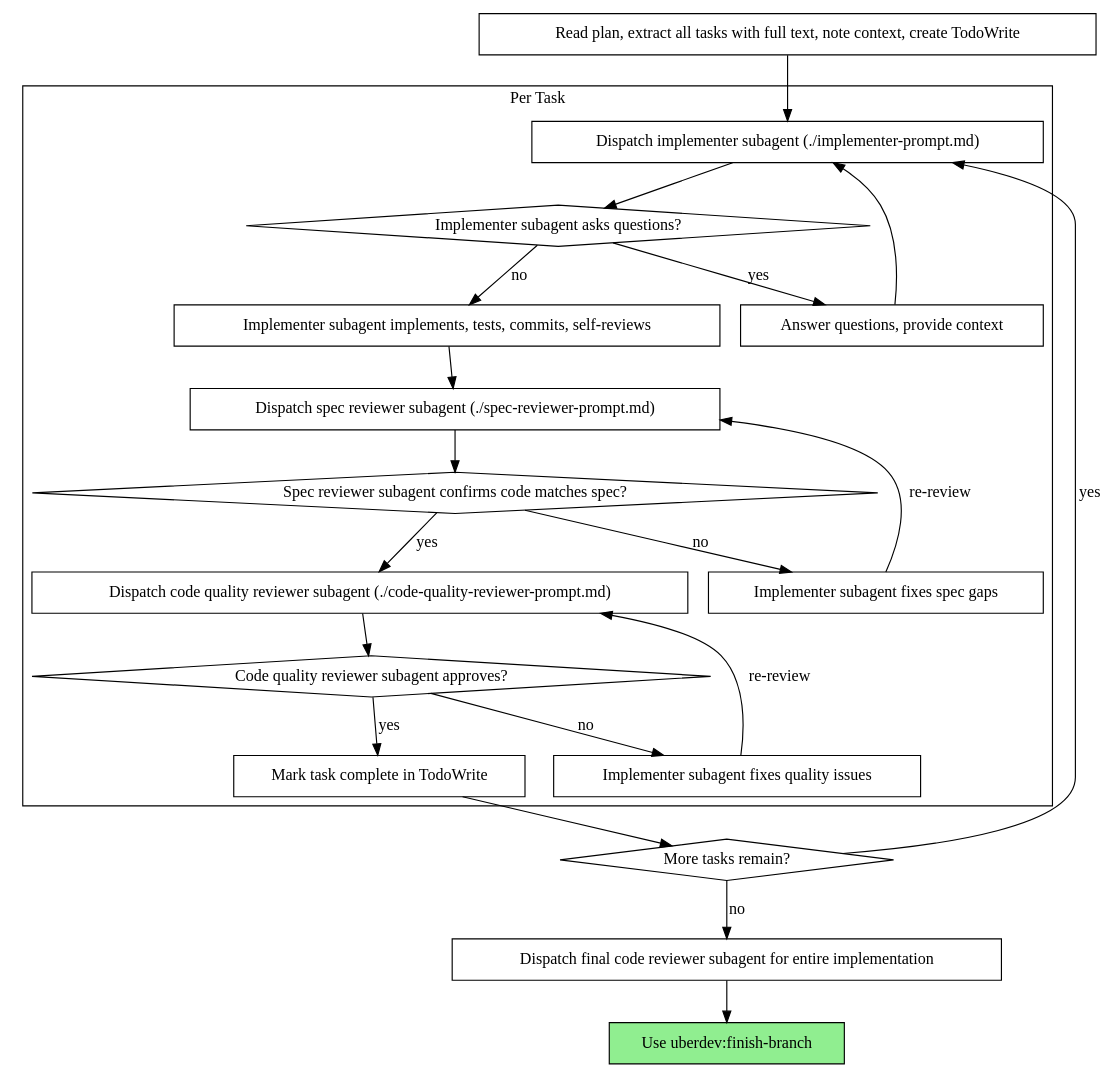
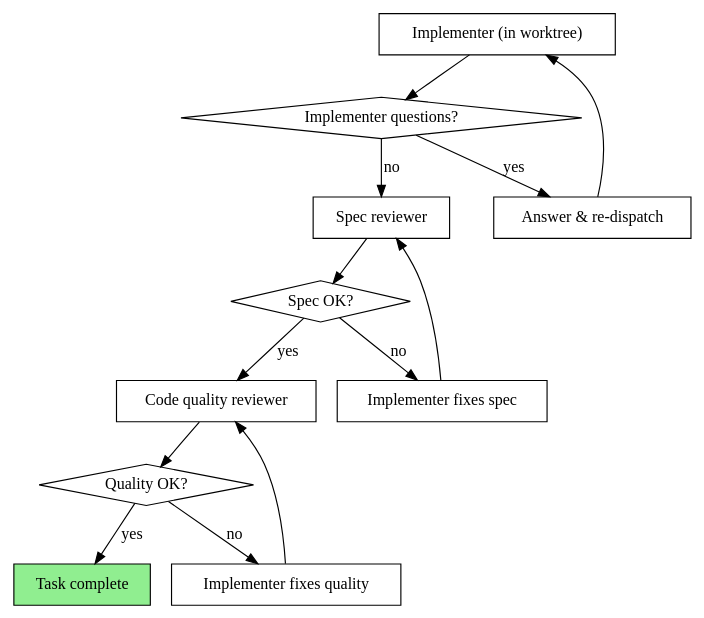
One commit to TheFJK/UberDev changed the second of 2 diagrams in plugins/uberdev/skills/subagent-driven-dev/SKILL.md. Above: the diagram before and after it, drawn with Graphviz. The commit also changed other lines of this file and 7 other files, not shown here.

````diff
--- a/plugins/uberdev/skills/subagent-driven-dev/SKILL.md
+++ b/plugins/uberdev/skills/subagent-driven-dev/SKILL.md
@@ -42,44 +98,28 @@
 ```dot
-digraph process {
+digraph per_task {
     rankdir=TB;
+    "Implementer (in worktree)" [shape=box];
+    "Implementer questions?" [shape=diamond];
+    "Answer & re-dispatch" [shape=box];
+    "Spec reviewer" [shape=box];
+    "Spec OK?" [shape=diamond];
+    "Implementer fixes spec" [shape=box];
+    "Code quality reviewer" [shape=box];
+    "Quality OK?" [shape=diamond];
+    "Implementer fixes quality" [shape=box];
+    "Task complete" [shape=box style=filled fillcolor=lightgreen];
 
-    subgraph cluster_per_task {
-        label="Per Task";
-        "Dispatch implementer subagent (./implementer-prompt.md)" [shape=box];
-        "Implementer subagent asks questions?" [shape=diamond];
-        "Answer questions, provide context" [shape=box];
-        "Implementer subagent implements, tests, commits, self-reviews" [shape=box];
-        "Dispatch spec reviewer subagent (./spec-reviewer-prompt.md)" [shape=box];
-        "Spec reviewer subagent confirms code matches spec?" [shape=diamond];
-        "Implementer subagent fixes spec gaps" [shape=box];
-        "Dispatch code quality reviewer subagent (./code-quality-reviewer-prompt.md)" [shape=box];
-        "Code quality reviewer subagent approves?" [shape=diamond];
-        "Implementer subagent fixes quality issues" [shape=box];
-        "Mark task complete in TodoWrite" [shape=box];
-    }
-
-    "Read plan, extract all tasks with full text, note context, create TodoWrite" [shape=box];
-    "More tasks remain?" [shape=diamond];
-    "Dispatch final code reviewer subagent for entire implementation" [shape=box];
-    "Use uberdev:finish-branch" [shape=box style=filled fillcolor=lightgreen];
-
-    "Read plan, extract all tasks with full text, note context, create TodoWrite" -> "Dispatch implementer subagent (./implementer-prompt.md)";
-    "Dispatch implementer subagent (./implementer-prompt.md)" -> "Implementer subagent asks questions?";
-    "Implementer subagent asks questions?" -> "Answer questions, provide context" [label="yes"];
-    "Answer questions, provide context" -> "Dispatch implementer subagent (./implementer-prompt.md)";
-    "Implementer subagent asks questions?" -> "Implementer subagent implements, tests, commits, self-reviews" [label="no"];
-    "Implementer subagent implements, tests, commits, self-reviews" -> "Dispatch spec reviewer subagent (./spec-reviewer-prompt.md)";
-    "Dispatch spec reviewer subagent (./spec-reviewer-prompt.md)" -> "Spec reviewer subagent confirms code matches spec?";
-    "Spec reviewer subagent confirms code matches spec?" -> "Implementer subagent fixes spec gaps" [label="no"];
-    "Implementer subagent fixes spec gaps" -> "Dispatch spec reviewer subagent (./spec-reviewer-prompt.md)" [label="re-review"];
-    "Spec reviewer subagent confirms code matches spec?" -> "Dispatch code quality reviewer subagent (./code-quality-reviewer-prompt.md)" [label="yes"];
-    "Dispatch code quality reviewer subagent (./code-quality-reviewer-prompt.md)" -> "Code quality reviewer subagent approves?";
-    "Code quality reviewer subagent approves?" -> "Implementer subagent fixes quality issues" [label="no"];
-    "Implementer subagent fixes quality issues" -> "Dispatch code quality reviewer subagent (./code-quality-reviewer-prompt.md)" [label="re-review"];
-    "Code quality reviewer subagent approves?" -> "Mark task complete in TodoWrite" [label="yes"];
-    "Mark task complete in TodoWrite" -> "More tasks remain?";
-    "More tasks remain?" -> "Dispatch implementer subagent (./implementer-prompt.md)" [label="yes"];
-    "More tasks remain?" -> "Dispatch final code reviewer subagent for entire implementation" [label="no"];
-    "Dispatch final code reviewer subagent for entire implementation" -> "Use uberdev:finish-branch";
+    "Implementer (in worktree)" -> "Implementer questions?";
+    "Implementer questions?" -> "Answer & re-dispatch" [label="yes"];
+    "Answer & re-dispatch" -> "Implementer (in worktree)";
+    "Implementer questions?" -> "Spec reviewer" [label="no"];
+    "Spec reviewer" -> "Spec OK?";
+    "Spec OK?" -> "Implementer fixes spec" [label="no"];
+    "Implementer fixes spec" -> "Spec reviewer";
+    "Spec OK?" -> "Code quality reviewer" [label="yes"];
+    "Code quality reviewer" -> "Quality OK?";
+    "Quality OK?" -> "Implementer fixes quality" [label="no"];
+    "Implementer fixes quality" -> "Code quality reviewer";
+    "Quality OK?" -> "Task complete" [label="yes"];
 }
 ```
````
